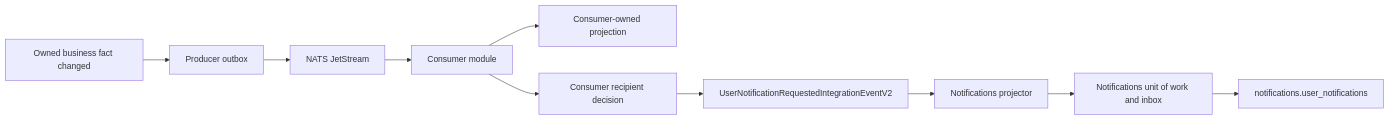
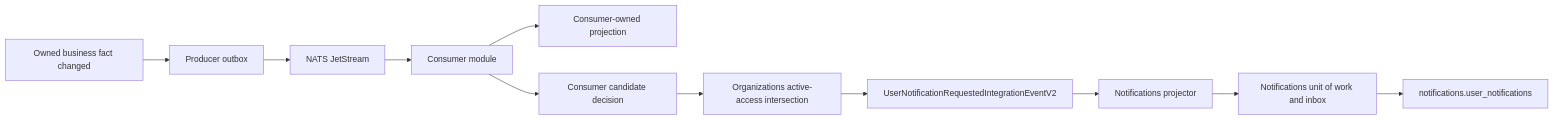
The second of 3 diagrams in docs/examples/cross-module-integration.md (SadPossum/BunkFy.Backend), drawn with Mermaid before and after one commit. The commit also changed other lines of this file and 24 other files, not shown here.

````diff
--- a/docs/examples/cross-module-integration.md
+++ b/docs/examples/cross-module-integration.md
@@ -54,12 +54,13 @@
 ```mermaid
 flowchart LR
     A["Owned business fact changed"] --> B["Producer outbox"]
     B --> C["NATS JetStream"]
     C --> D["Consumer module"]
     D --> E["Consumer-owned projection"]
-    D --> F["Consumer recipient decision"]
-    F --> G["UserNotificationRequestedIntegrationEventV2"]
-    G --> H["Notifications projector"]
-    H --> I["Notifications unit of work and inbox"]
-    I --> J["notifications.user_notifications"]
+    D --> F["Consumer candidate decision"]
+    F --> G["Organizations active-access intersection"]
+    G --> H["UserNotificationRequestedIntegrationEventV2"]
+    H --> I["Notifications projector"]
+    I --> J["Notifications unit of work and inbox"]
+    J --> K["notifications.user_notifications"]
 ```
````
